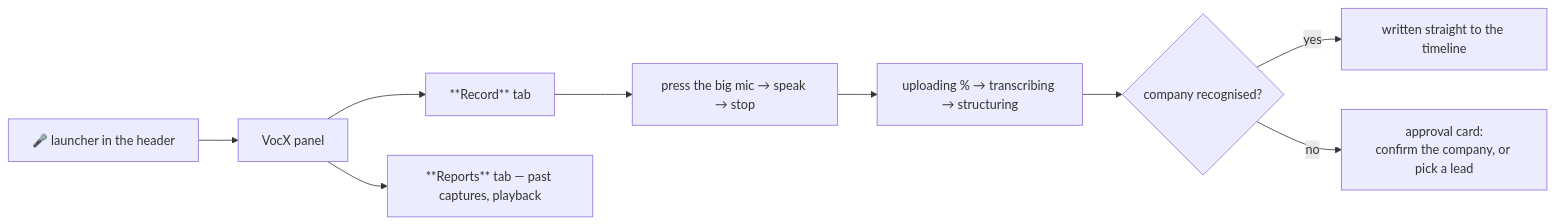
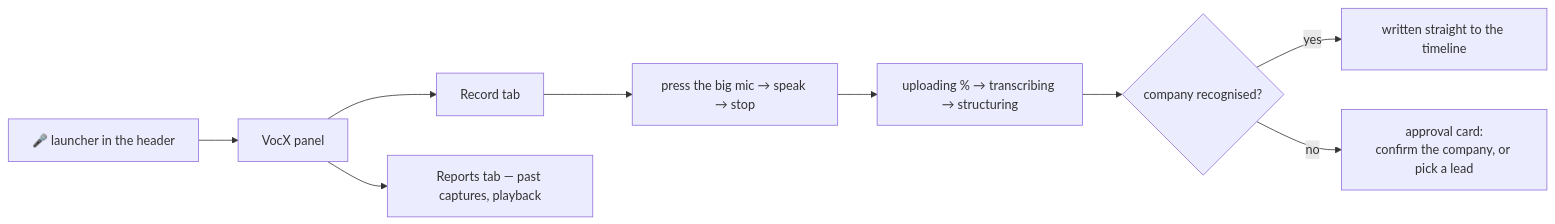
One commit to shashikanth-vh/vox changed the third of 3 diagrams in docs/handbook/11-ATLAS-USAGE.md. Above: the diagram before and after it, drawn with Mermaid. The commit also changed other lines of this file and 11 other files, not shown here.

````diff
--- a/docs/handbook/11-ATLAS-USAGE.md
+++ b/docs/handbook/11-ATLAS-USAGE.md
@@ -134,11 +134,11 @@
 ```mermaid
 flowchart LR
     L["🎤 launcher in the header"] --> P["VocX panel"]
-    P --> R["**Record** tab"]
-    P --> RP["**Reports** tab — past captures, playback"]
+    P --> R["Record tab"]
+    P --> RP["Reports tab — past captures, playback"]
     R --> REC["press the big mic → speak → stop"]
     REC --> ST["uploading % → transcribing → structuring"]
     ST --> OK{"company recognised?"}
     OK -->|yes| W["written straight to the timeline"]
     OK -->|no| AC["approval card:<br/>confirm the company, or pick a lead"]
 ```
````
